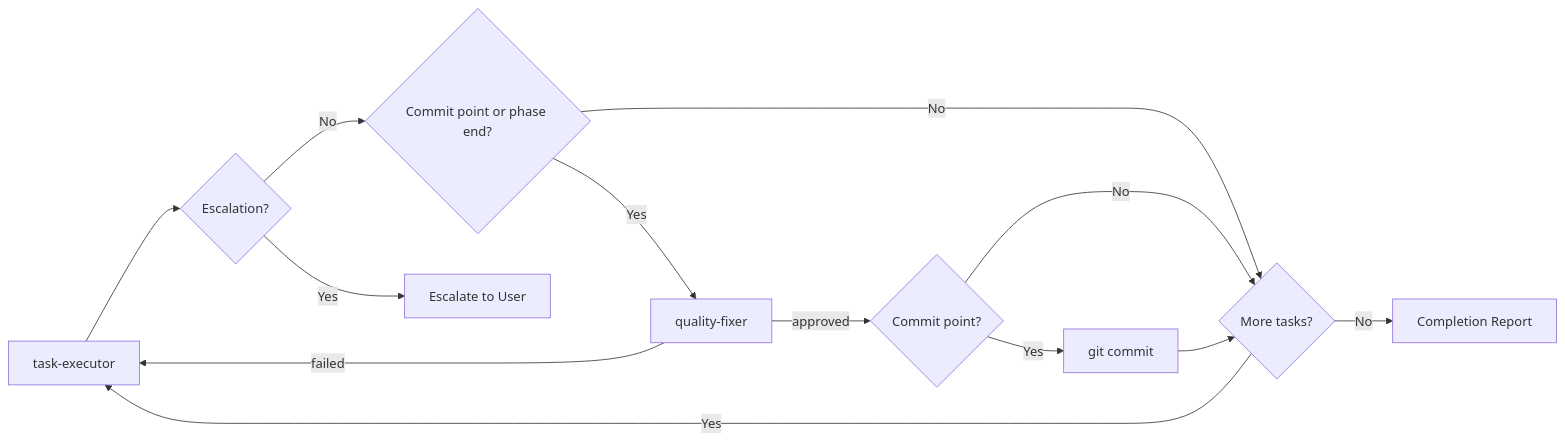
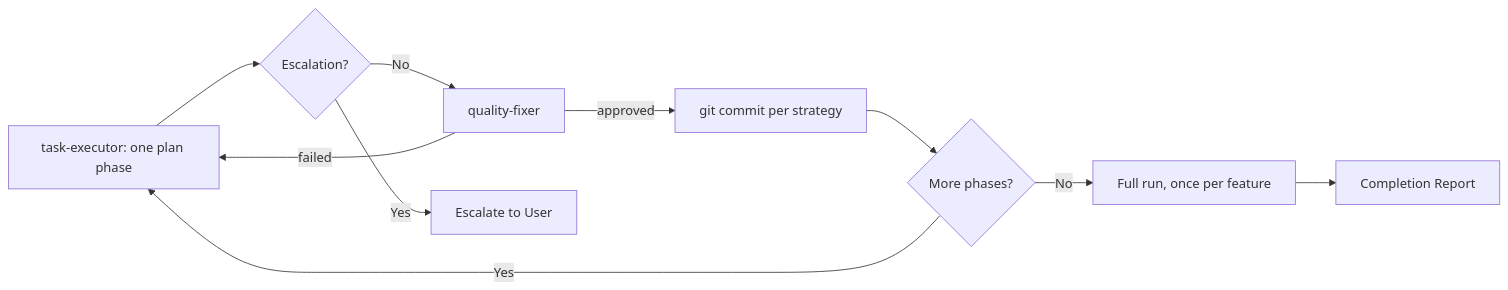
One commit to tundraray/overture changed the ninth of 10 diagrams in docs/overture/gamedev-workflows.md. Above: the diagram before and after it, drawn with Mermaid. The commit also changed other lines of this file and 193 other files, not shown here.

````diff
--- a/docs/overture/gamedev-workflows.md
+++ b/docs/overture/gamedev-workflows.md
@@ -309,15 +312,12 @@
 ```mermaid
 graph LR
-    TE[task-executor] --> ESC{Escalation?}
-    ESC --> |No| GATE{Commit point or phase end?}
+    TE[task-executor: one plan phase] --> ESC{Escalation?}
+    ESC --> |No| QF[quality-fixer]
     ESC --> |Yes| USER[Escalate to User]
-    GATE --> |No| NEXT
-    GATE --> |Yes| QF[quality-fixer]
-    QF --> |approved| CP{Commit point?}
-    CP --> |Yes| COMMIT[git commit]
-    CP --> |No| NEXT
+    QF --> |approved| COMMIT[git commit per strategy]
     QF --> |failed| TE
-    COMMIT --> NEXT{More tasks?}
+    COMMIT --> NEXT{More phases?}
     NEXT --> |Yes| TE
-    NEXT --> |No| REPORT[Completion Report]
+    NEXT --> |No| FULL[Full run, once per feature]
+    FULL --> REPORT[Completion Report]
 ```
````
